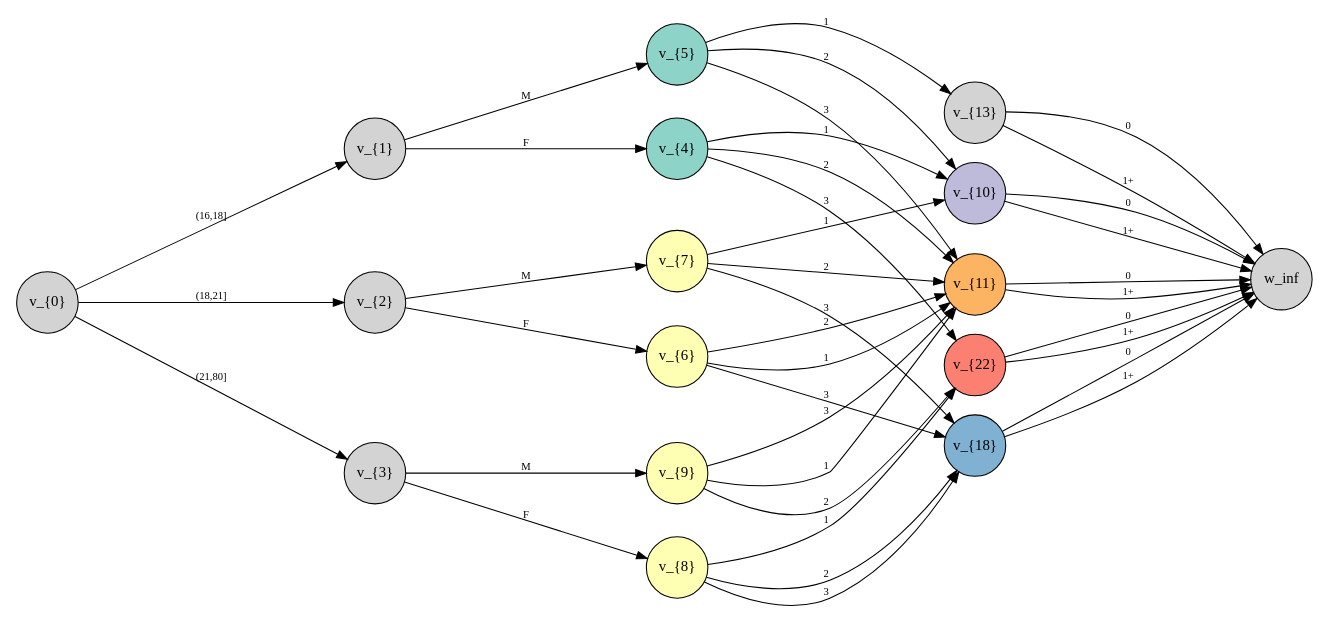
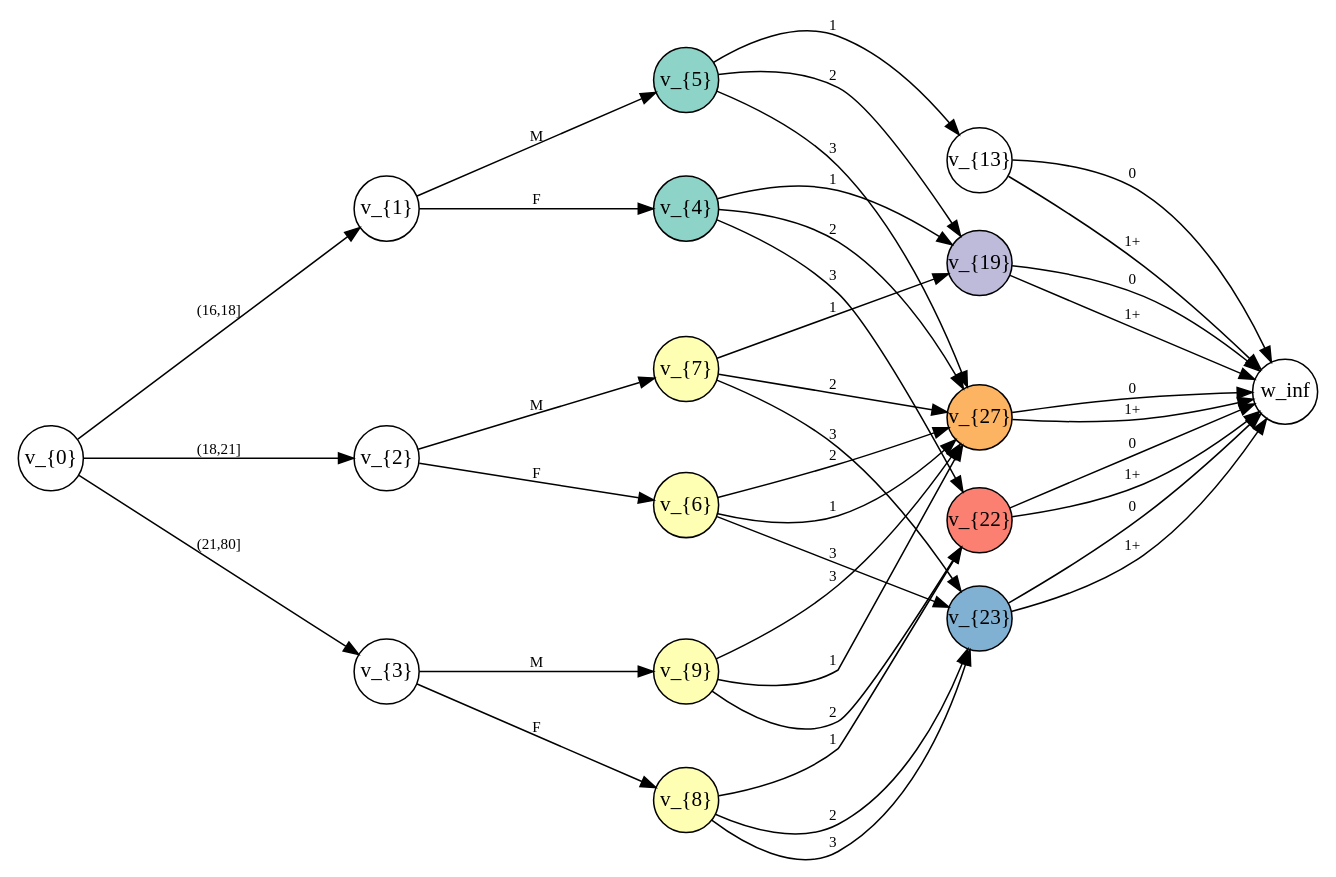
Before and after one commit to kasia-kobalczyk/chain-event-graphs: the diagram in figures/freq_ceg.dot, drawn with Graphviz. The commit also changed 8 other files, not shown here.

```diff
--- a/figures/freq_ceg.dot
+++ b/figures/freq_ceg.dot
@@ -1,58 +1,58 @@
 digraph G {
 rankdir=LR;
-ranksep=3;
+ranksep=2;
 size=11.7;
 "v_{0}" -> "v_{1}"  [color=black, fontsize="10.0", label="(16,18]", labelfontcolor="#009933"];
 "v_{0}" -> "v_{2}"  [color=black, fontsize="10.0", label="(18,21]", labelfontcolor="#009933"];
 "v_{0}" -> "v_{3}"  [color=black, fontsize="10.0", label="(21,80]", labelfontcolor="#009933"];
 "v_{1}" -> "v_{4}"  [color=black, fontsize="10.0", label=F, labelfontcolor="#009933"];
 "v_{1}" -> "v_{5}"  [color=black, fontsize="10.0", label=M, labelfontcolor="#009933"];
 "v_{2}" -> "v_{6}"  [color=black, fontsize="10.0", label=F, labelfontcolor="#009933"];
 "v_{2}" -> "v_{7}"  [color=black, fontsize="10.0", label=M, labelfontcolor="#009933"];
 "v_{3}" -> "v_{8}"  [color=black, fontsize="10.0", label=F, labelfontcolor="#009933"];
 "v_{3}" -> "v_{9}"  [color=black, fontsize="10.0", label=M, labelfontcolor="#009933"];
-"v_{4}" -> "v_{10}"  [color=black, fontsize="10.0", label=1, labelfontcolor="#009933"];
-"v_{4}" -> "v_{11}"  [color=black, fontsize="10.0", label=2, labelfontcolor="#009933"];
+"v_{4}" -> "v_{19}"  [color=black, fontsize="10.0", label=1, labelfontcolor="#009933"];
+"v_{4}" -> "v_{27}"  [color=black, fontsize="10.0", label=2, labelfontcolor="#009933"];
 "v_{4}" -> "v_{22}"  [color=black, fontsize="10.0", label=3, labelfontcolor="#009933"];
 "v_{5}" -> "v_{13}"  [color=black, fontsize="10.0", label=1, labelfontcolor="#009933"];
-"v_{5}" -> "v_{10}"  [color=black, fontsize="10.0", label=2, labelfontcolor="#009933"];
-"v_{5}" -> "v_{11}"  [color=black, fontsize="10.0", label=3, labelfontcolor="#009933"];
-"v_{6}" -> "v_{11}"  [color=black, fontsize="10.0", label=1, labelfontcolor="#009933"];
-"v_{6}" -> "v_{11}"  [color=black, fontsize="10.0", label=2, labelfontcolor="#009933"];
-"v_{6}" -> "v_{18}"  [color=black, fontsize="10.0", label=3, labelfontcolor="#009933"];
-"v_{7}" -> "v_{10}"  [color=black, fontsize="10.0", label=1, labelfontcolor="#009933"];
-"v_{7}" -> "v_{11}"  [color=black, fontsize="10.0", label=2, labelfontcolor="#009933"];
-"v_{7}" -> "v_{18}"  [color=black, fontsize="10.0", label=3, labelfontcolor="#009933"];
+"v_{5}" -> "v_{19}"  [color=black, fontsize="10.0", label=2, labelfontcolor="#009933"];
+"v_{5}" -> "v_{27}"  [color=black, fontsize="10.0", label=3, labelfontcolor="#009933"];
+"v_{6}" -> "v_{27}"  [color=black, fontsize="10.0", label=1, labelfontcolor="#009933"];
+"v_{6}" -> "v_{27}"  [color=black, fontsize="10.0", label=2, labelfontcolor="#009933"];
+"v_{6}" -> "v_{23}"  [color=black, fontsize="10.0", label=3, labelfontcolor="#009933"];
+"v_{7}" -> "v_{19}"  [color=black, fontsize="10.0", label=1, labelfontcolor="#009933"];
+"v_{7}" -> "v_{27}"  [color=black, fontsize="10.0", label=2, labelfontcolor="#009933"];
+"v_{7}" -> "v_{23}"  [color=black, fontsize="10.0", label=3, labelfontcolor="#009933"];
 "v_{8}" -> "v_{22}"  [color=black, fontsize="10.0", label=1, labelfontcolor="#009933"];
-"v_{8}" -> "v_{18}"  [color=black, fontsize="10.0", label=2, labelfontcolor="#009933"];
-"v_{8}" -> "v_{18}"  [color=black, fontsize="10.0", label=3, labelfontcolor="#009933"];
-"v_{9}" -> "v_{11}"  [color=black, fontsize="10.0", label=1, labelfontcolor="#009933"];
+"v_{8}" -> "v_{23}"  [color=black, fontsize="10.0", label=2, labelfontcolor="#009933"];
+"v_{8}" -> "v_{23}"  [color=black, fontsize="10.0", label=3, labelfontcolor="#009933"];
+"v_{9}" -> "v_{27}"  [color=black, fontsize="10.0", label=1, labelfontcolor="#009933"];
 "v_{9}" -> "v_{22}"  [color=black, fontsize="10.0", label=2, labelfontcolor="#009933"];
-"v_{9}" -> "v_{11}"  [color=black, fontsize="10.0", label=3, labelfontcolor="#009933"];
-"v_{10}" -> w_inf  [color=black, fontsize="10.0", label=0, labelfontcolor="#009933"];
-"v_{10}" -> w_inf  [color=black, fontsize="10.0", label="1+", labelfontcolor="#009933"];
-"v_{11}" -> w_inf  [color=black, fontsize="10.0", label=0, labelfontcolor="#009933"];
-"v_{11}" -> w_inf  [color=black, fontsize="10.0", label="1+", labelfontcolor="#009933"];
+"v_{9}" -> "v_{27}"  [color=black, fontsize="10.0", label=3, labelfontcolor="#009933"];
 "v_{13}" -> w_inf  [color=black, fontsize="10.0", label=0, labelfontcolor="#009933"];
 "v_{13}" -> w_inf  [color=black, fontsize="10.0", label="1+", labelfontcolor="#009933"];
-"v_{18}" -> w_inf  [color=black, fontsize="10.0", label=0, labelfontcolor="#009933"];
-"v_{18}" -> w_inf  [color=black, fontsize="10.0", label="1+", labelfontcolor="#009933"];
+"v_{19}" -> w_inf  [color=black, fontsize="10.0", label=0, labelfontcolor="#009933"];
+"v_{19}" -> w_inf  [color=black, fontsize="10.0", label="1+", labelfontcolor="#009933"];
 "v_{22}" -> w_inf  [color=black, fontsize="10.0", label=0, labelfontcolor="#009933"];
 "v_{22}" -> w_inf  [color=black, fontsize="10.0", label="1+", labelfontcolor="#009933"];
-"v_{0}" [fillcolor=lightgrey, fixedsize=True, label="v_{0}", shape=circle, style=filled, width=0.8];
-"v_{1}" [fillcolor=lightgrey, fixedsize=True, label="v_{1}", shape=circle, style=filled, width=0.8];
-"v_{2}" [fillcolor=lightgrey, fixedsize=True, label="v_{2}", shape=circle, style=filled, width=0.8];
-"v_{3}" [fillcolor=lightgrey, fixedsize=True, label="v_{3}", shape=circle, style=filled, width=0.8];
-"v_{4}" [fillcolor="#8dd3c7", fixedsize=True, label="v_{4}", shape=circle, style=filled, width=0.8];
-"v_{5}" [fillcolor="#8dd3c7", fixedsize=True, label="v_{5}", shape=circle, style=filled, width=0.8];
-"v_{6}" [fillcolor="#ffffb3", fixedsize=True, label="v_{6}", shape=circle, style=filled, width=0.8];
-"v_{7}" [fillcolor="#ffffb3", fixedsize=True, label="v_{7}", shape=circle, style=filled, width=0.8];
-"v_{8}" [fillcolor="#ffffb3", fixedsize=True, label="v_{8}", shape=circle, style=filled, width=0.8];
-"v_{9}" [fillcolor="#ffffb3", fixedsize=True, label="v_{9}", shape=circle, style=filled, width=0.8];
-"v_{10}" [fillcolor="#bebada", fixedsize=True, label="v_{10}", shape=circle, style=filled, width=0.8];
-"v_{11}" [fillcolor="#fdb462", fixedsize=True, label="v_{11}", shape=circle, style=filled, width=0.8];
-"v_{13}" [fillcolor=lightgrey, fixedsize=True, label="v_{13}", shape=circle, style=filled, width=0.8];
-"v_{18}" [fillcolor="#80b1d3", fixedsize=True, label="v_{18}", shape=circle, style=filled, width=0.8];
-"v_{22}" [fillcolor="#fb8072", fixedsize=True, label="v_{22}", shape=circle, style=filled, width=0.8];
-w_inf [fillcolor=lightgrey, fixedsize=True, label=w_inf, shape=circle, style=filled, width=0.8];
+"v_{23}" -> w_inf  [color=black, fontsize="10.0", label=0, labelfontcolor="#009933"];
+"v_{23}" -> w_inf  [color=black, fontsize="10.0", label="1+", labelfontcolor="#009933"];
+"v_{27}" -> w_inf  [color=black, fontsize="10.0", label=0, labelfontcolor="#009933"];
+"v_{27}" -> w_inf  [color=black, fontsize="10.0", label="1+", labelfontcolor="#009933"];
+"v_{0}" [fillcolor=white, fixedsize=True, label="v_{0}", shape=circle, style=filled, width=0.6];
+"v_{1}" [fillcolor=white, fixedsize=True, label="v_{1}", shape=circle, style=filled, width=0.6];
+"v_{2}" [fillcolor=white, fixedsize=True, label="v_{2}", shape=circle, style=filled, width=0.6];
+"v_{3}" [fillcolor=white, fixedsize=True, label="v_{3}", shape=circle, style=filled, width=0.6];
+"v_{4}" [fillcolor="#8dd3c7", fixedsize=True, label="v_{4}", shape=circle, style=filled, width=0.6];
+"v_{5}" [fillcolor="#8dd3c7", fixedsize=True, label="v_{5}", shape=circle, style=filled, width=0.6];
+"v_{6}" [fillcolor="#ffffb3", fixedsize=True, label="v_{6}", shape=circle, style=filled, width=0.6];
+"v_{7}" [fillcolor="#ffffb3", fixedsize=True, label="v_{7}", shape=circle, style=filled, width=0.6];
+"v_{8}" [fillcolor="#ffffb3", fixedsize=True, label="v_{8}", shape=circle, style=filled, width=0.6];
+"v_{9}" [fillcolor="#ffffb3", fixedsize=True, label="v_{9}", shape=circle, style=filled, width=0.6];
+"v_{13}" [fillcolor=white, fixedsize=True, label="v_{13}", shape=circle, style=filled, width=0.6];
+"v_{19}" [fillcolor="#bebada", fixedsize=True, label="v_{19}", shape=circle, style=filled, width=0.6];
+"v_{22}" [fillcolor="#fb8072", fixedsize=True, label="v_{22}", shape=circle, style=filled, width=0.6];
+"v_{23}" [fillcolor="#80b1d3", fixedsize=True, label="v_{23}", shape=circle, style=filled, width=0.6];
+"v_{27}" [fillcolor="#fdb462", fixedsize=True, label="v_{27}", shape=circle, style=filled, width=0.6];
+w_inf [fillcolor=white, fixedsize=True, label=w_inf, shape=circle, style=filled, width=0.6];
 }
```
